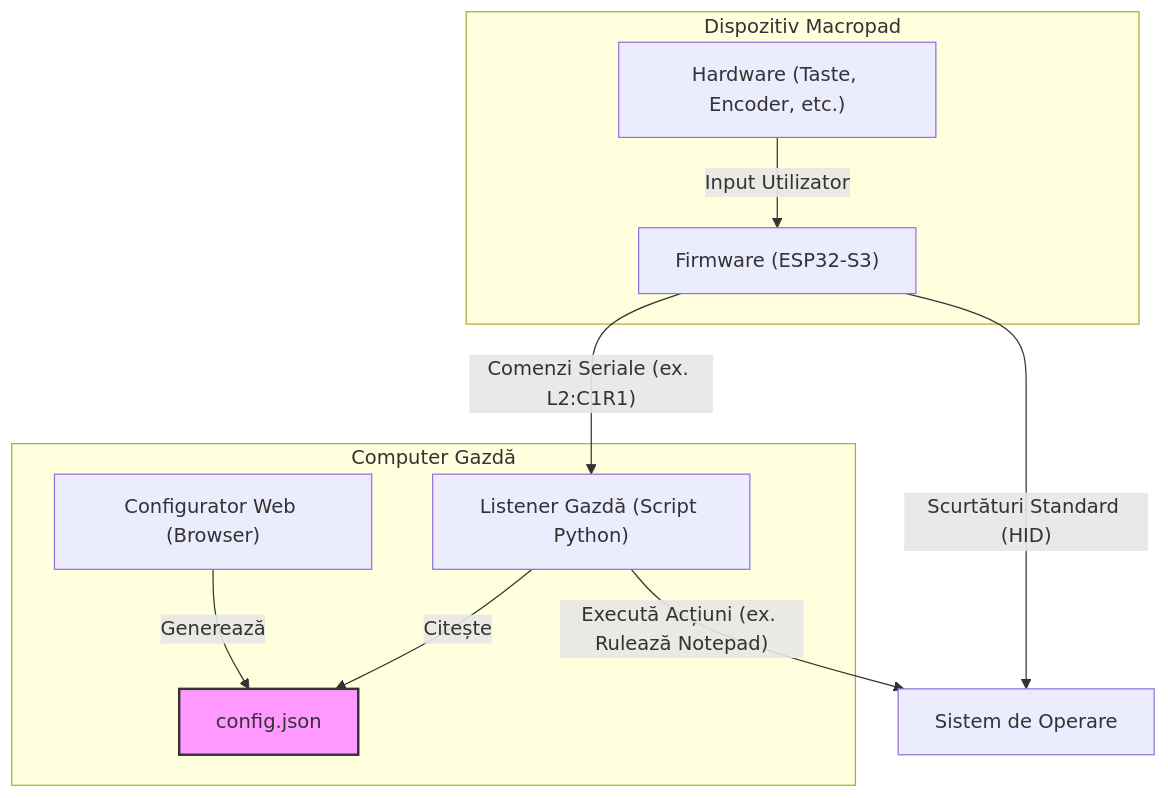
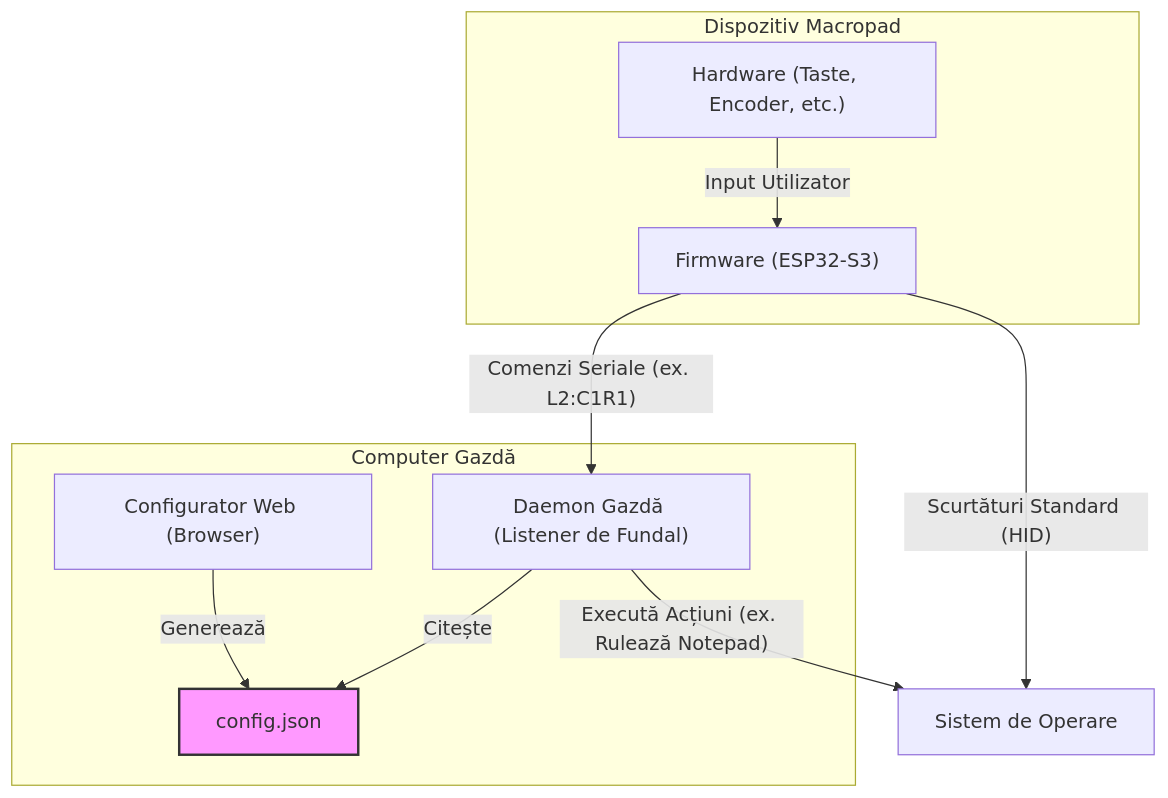
Before and after one commit to not-sample-text/Proiect-Licenta: the diagram in docs/Documentatie.md, drawn with Mermaid. The commit also changed other lines of this file and 44 other files, not shown here.

Commit message:
docs: update technical documentation and workflow for v1.0.0 architecture

````diff
--- a/docs/Documentatie.md
+++ b/docs/Documentatie.md
@@ -13,19 +13,21 @@
 ```mermaid
 graph TD
     subgraph "Computer Gazdă"
         A["Configurator Web (Browser)"] -->|Generează| B["config.json"];
-        C["Listener Gazdă (Script Python)"] -->|Citește| B;
+        C["Daemon Gazdă (Listener de Fundal)"] -->|Citește| B;
     end
 
     subgraph "Dispozitiv Macropad"
         D["Firmware (ESP32-S3)"]
         E["Hardware (Taste, Encoder, etc.)"]
     end
 
     E -- "Input Utilizator" --> D;
     D -- "Scurtături Standard (HID)" --> F["Sistem de Operare"];
     D -- "Comenzi Seriale (ex. L2:C1R1)" --> C;
     C -- "Execută Acțiuni (ex. Rulează Notepad)" --> F;
 
     style B fill:#f9f,stroke:#333,stroke-width:2px
+
+
 ```
````
